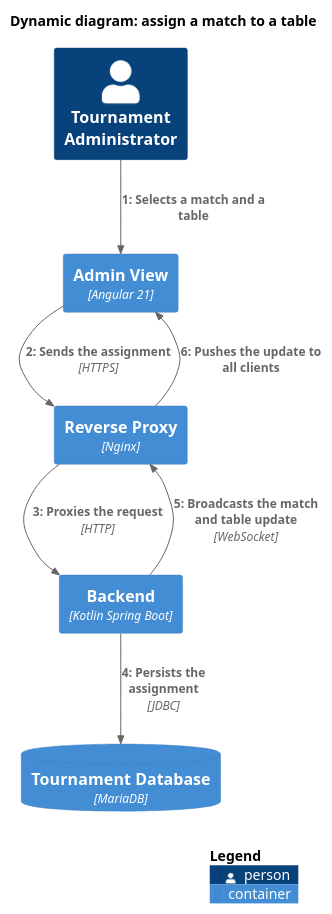
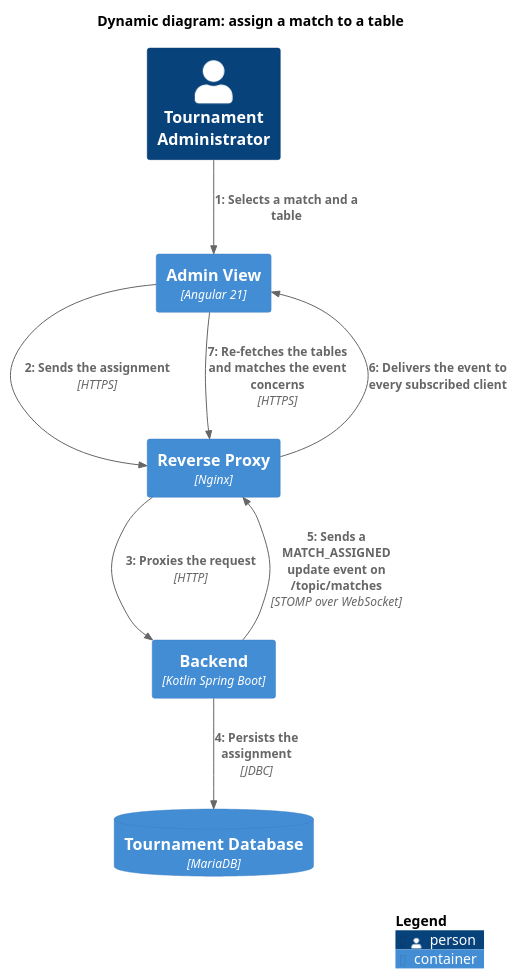
One commit to table-tennis-tournament/management-clients changed the diagram in docs/arc42/diagrams/dynamic-assign.puml. Above: the diagram before and after it, drawn with PlantUML. The commit also changed 17 other files, not shown here.

```diff
--- a/docs/arc42/diagrams/dynamic-assign.puml
+++ b/docs/arc42/diagrams/dynamic-assign.puml
@@ -1,20 +1,21 @@
 @startuml
 !include C4/C4_Dynamic.puml
 
 title Dynamic diagram: assign a match to a table
 
 Person(admin, "Tournament Administrator")
 Container(adminView, "Admin View", "Angular 21")
 Container(nginx, "Reverse Proxy", "Nginx")
 Container(backend, "Backend", "Kotlin Spring Boot")
 ContainerDb(mariadb, "Tournament Database", "MariaDB")
 
 RelIndex(1, admin, adminView, "Selects a match and a table")
 RelIndex(2, adminView, nginx, "Sends the assignment", "HTTPS")
 RelIndex(3, nginx, backend, "Proxies the request", "HTTP")
 RelIndex(4, backend, mariadb, "Persists the assignment", "JDBC")
-RelIndex(5, backend, nginx, "Broadcasts the match and table update", "WebSocket")
-RelIndex(6, nginx, adminView, "Pushes the update to all clients")
+RelIndex(5, backend, nginx, "Sends a MATCH_ASSIGNED update event on /topic/matches", "STOMP over WebSocket")
+RelIndex(6, nginx, adminView, "Delivers the event to every subscribed client")
+RelIndex(7, adminView, nginx, "Re-fetches the tables and matches the event concerns", "HTTPS")
 
 SHOW_LEGEND()
 @enduml
```
